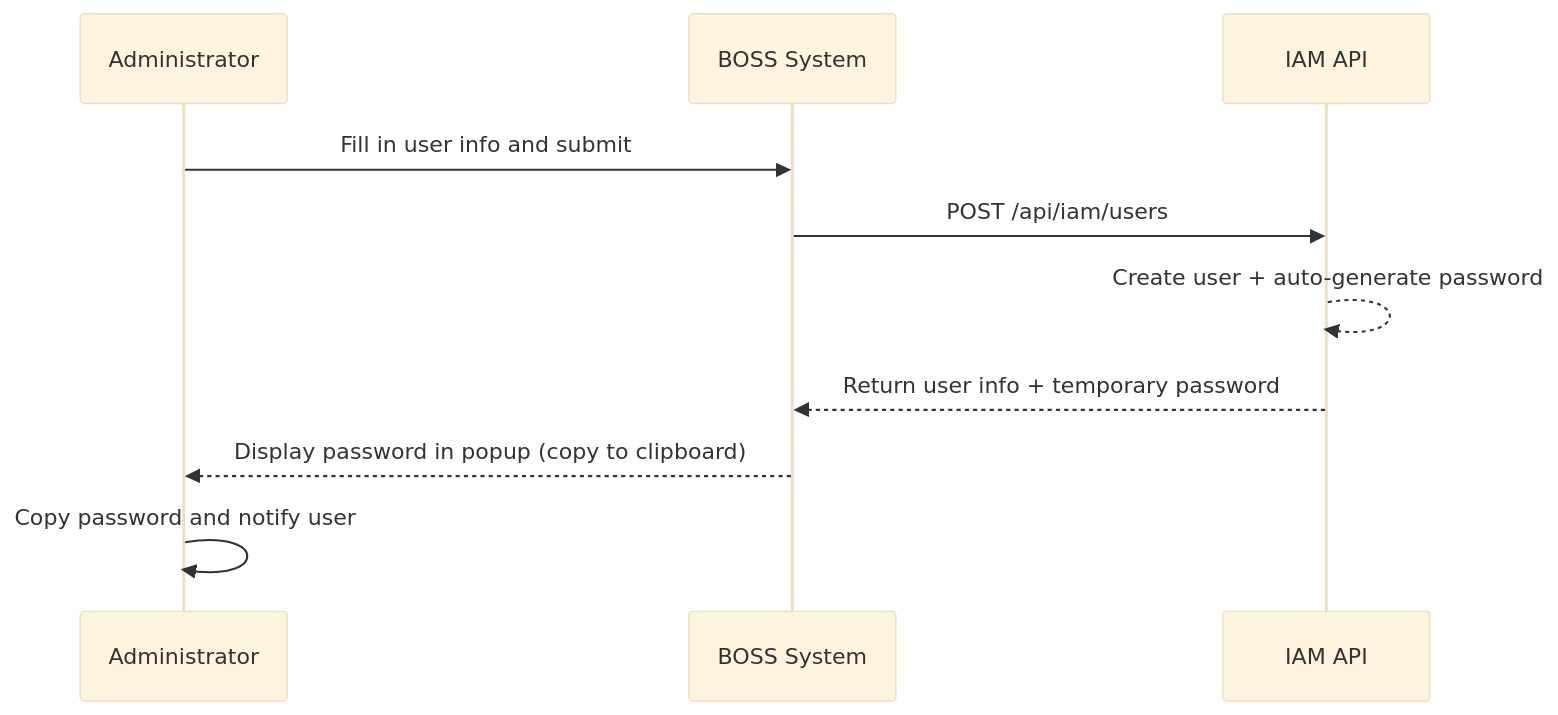
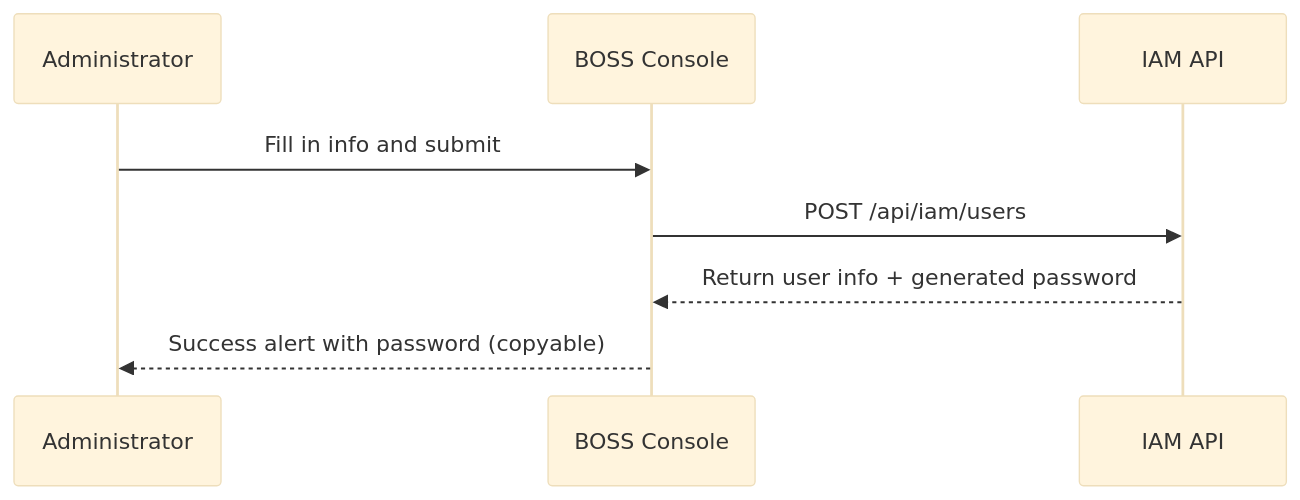
One commit to poxiaoyun/docs changed the diagram in src/pages/docs/en/20.boss/01.iam/users.md. Above: the diagram before and after it, drawn with Mermaid (base theme). The commit also changed other lines of this file and 463 other files, not shown here.

````diff
--- a/src/pages/docs/en/20.boss/01.iam/users.md
+++ b/src/pages/docs/en/20.boss/01.iam/users.md
@@ -76,13 +72,10 @@
 ```mermaid
 sequenceDiagram
     participant Admin as Administrator
-    participant BOSS as BOSS System
+    participant BOSS as BOSS Console
     participant API as IAM API
-    
-    Admin->>BOSS: Fill in user info and submit
+    Admin->>BOSS: Fill in info and submit
     BOSS->>API: POST /api/iam/users
-    API-->>API: Create user + auto-generate password
-    API-->>BOSS: Return user info + temporary password
-    BOSS-->>Admin: Display password in popup (copy to clipboard)
-    Admin->>Admin: Copy password and notify user
+    API-->>BOSS: Return user info + generated password
+    BOSS-->>Admin: Success alert with password (copyable)
 ```
````
